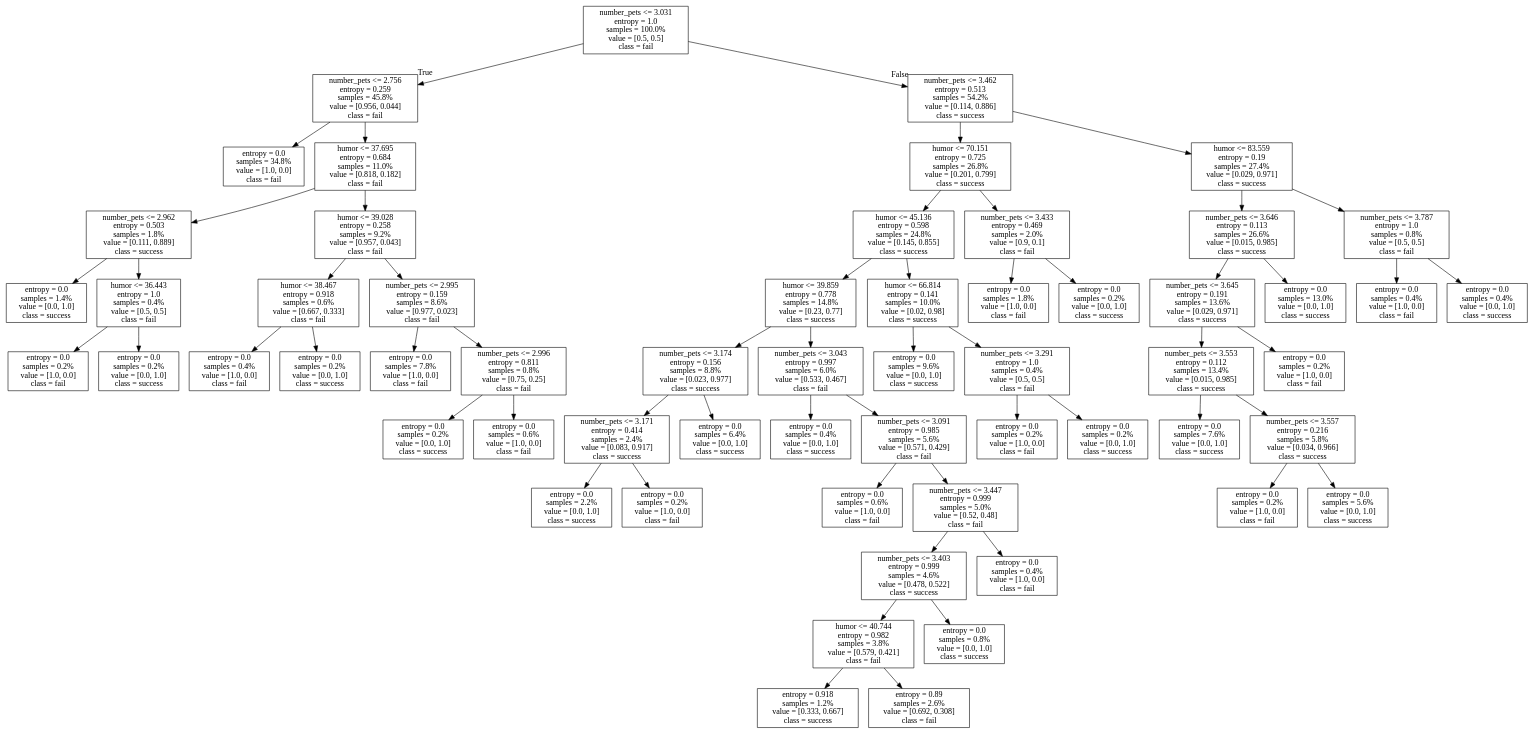
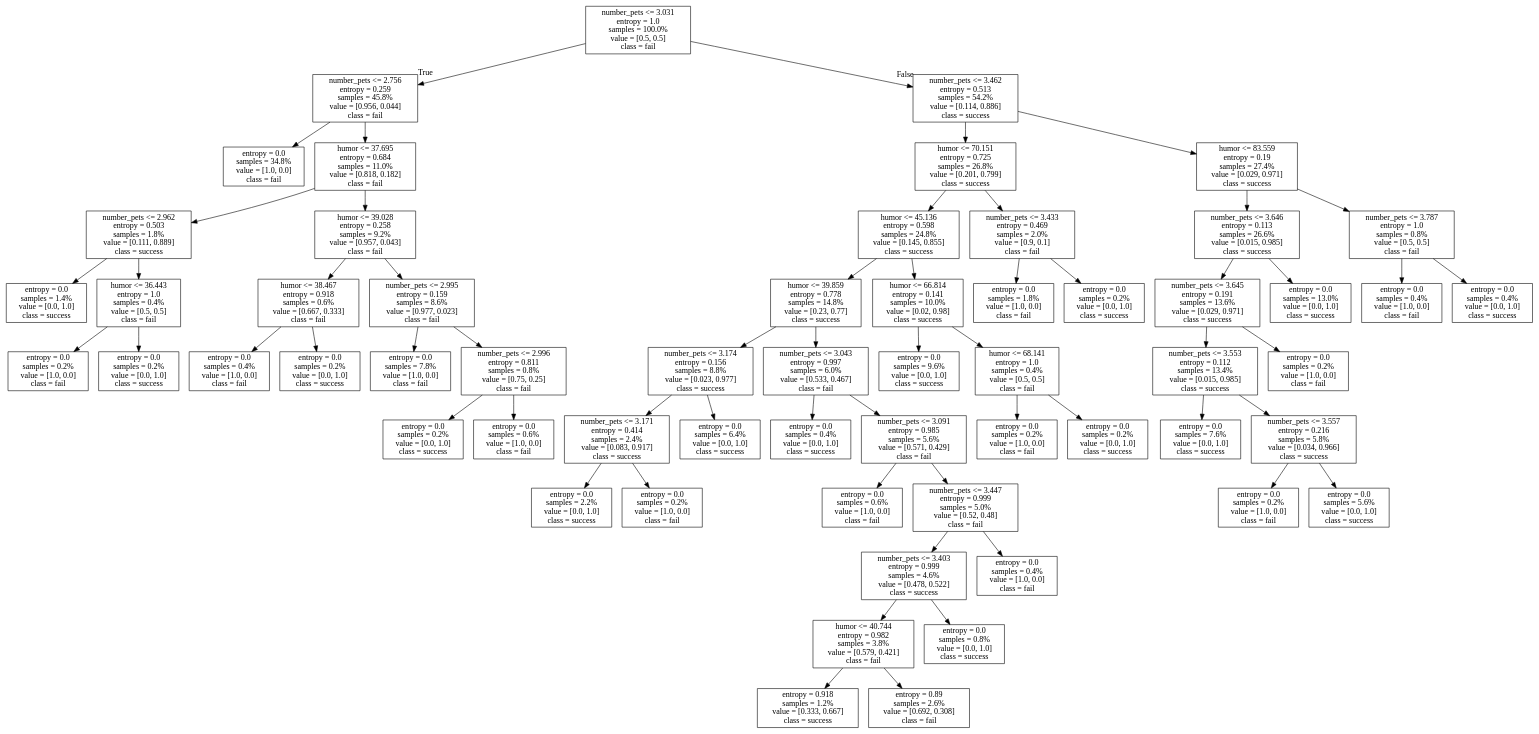
Before and after one commit to nicholasg3/Spring2017_ProfFosterProvost: the diagram in Module2_Supervised/images/tree.dot, drawn with Graphviz. The commit also changed 4 other files, not shown here.

```diff
--- a/Module2_Supervised/images/tree.dot
+++ b/Module2_Supervised/images/tree.dot
@@ -1,120 +1,120 @@
 digraph Tree {
 node [shape=box] ;
 0 [label="number_pets <= 3.031\nentropy = 1.0\nsamples = 100.0%\nvalue = [0.5, 0.5]\nclass = fail"] ;
 1 [label="number_pets <= 2.756\nentropy = 0.259\nsamples = 45.8%\nvalue = [0.956, 0.044]\nclass = fail"] ;
 0 -> 1 [labeldistance=2.5, labelangle=45, headlabel="True"] ;
 2 [label="entropy = 0.0\nsamples = 34.8%\nvalue = [1.0, 0.0]\nclass = fail"] ;
 1 -> 2 ;
 3 [label="humor <= 37.695\nentropy = 0.684\nsamples = 11.0%\nvalue = [0.818, 0.182]\nclass = fail"] ;
 1 -> 3 ;
 4 [label="number_pets <= 2.962\nentropy = 0.503\nsamples = 1.8%\nvalue = [0.111, 0.889]\nclass = success"] ;
 3 -> 4 ;
 5 [label="entropy = 0.0\nsamples = 1.4%\nvalue = [0.0, 1.0]\nclass = success"] ;
 4 -> 5 ;
 6 [label="humor <= 36.443\nentropy = 1.0\nsamples = 0.4%\nvalue = [0.5, 0.5]\nclass = fail"] ;
 4 -> 6 ;
 7 [label="entropy = 0.0\nsamples = 0.2%\nvalue = [1.0, 0.0]\nclass = fail"] ;
 6 -> 7 ;
 8 [label="entropy = 0.0\nsamples = 0.2%\nvalue = [0.0, 1.0]\nclass = success"] ;
 6 -> 8 ;
 9 [label="humor <= 39.028\nentropy = 0.258\nsamples = 9.2%\nvalue = [0.957, 0.043]\nclass = fail"] ;
 3 -> 9 ;
 10 [label="humor <= 38.467\nentropy = 0.918\nsamples = 0.6%\nvalue = [0.667, 0.333]\nclass = fail"] ;
 9 -> 10 ;
 11 [label="entropy = 0.0\nsamples = 0.4%\nvalue = [1.0, 0.0]\nclass = fail"] ;
 10 -> 11 ;
 12 [label="entropy = 0.0\nsamples = 0.2%\nvalue = [0.0, 1.0]\nclass = success"] ;
 10 -> 12 ;
 13 [label="number_pets <= 2.995\nentropy = 0.159\nsamples = 8.6%\nvalue = [0.977, 0.023]\nclass = fail"] ;
 9 -> 13 ;
 14 [label="entropy = 0.0\nsamples = 7.8%\nvalue = [1.0, 0.0]\nclass = fail"] ;
 13 -> 14 ;
 15 [label="number_pets <= 2.996\nentropy = 0.811\nsamples = 0.8%\nvalue = [0.75, 0.25]\nclass = fail"] ;
 13 -> 15 ;
 16 [label="entropy = 0.0\nsamples = 0.2%\nvalue = [0.0, 1.0]\nclass = success"] ;
 15 -> 16 ;
 17 [label="entropy = 0.0\nsamples = 0.6%\nvalue = [1.0, 0.0]\nclass = fail"] ;
 15 -> 17 ;
 18 [label="number_pets <= 3.462\nentropy = 0.513\nsamples = 54.2%\nvalue = [0.114, 0.886]\nclass = success"] ;
 0 -> 18 [labeldistance=2.5, labelangle=-45, headlabel="False"] ;
 19 [label="humor <= 70.151\nentropy = 0.725\nsamples = 26.8%\nvalue = [0.201, 0.799]\nclass = success"] ;
 18 -> 19 ;
 20 [label="humor <= 45.136\nentropy = 0.598\nsamples = 24.8%\nvalue = [0.145, 0.855]\nclass = success"] ;
 19 -> 20 ;
 21 [label="humor <= 39.859\nentropy = 0.778\nsamples = 14.8%\nvalue = [0.23, 0.77]\nclass = success"] ;
 20 -> 21 ;
 22 [label="number_pets <= 3.174\nentropy = 0.156\nsamples = 8.8%\nvalue = [0.023, 0.977]\nclass = success"] ;
 21 -> 22 ;
 23 [label="number_pets <= 3.171\nentropy = 0.414\nsamples = 2.4%\nvalue = [0.083, 0.917]\nclass = success"] ;
 22 -> 23 ;
 24 [label="entropy = 0.0\nsamples = 2.2%\nvalue = [0.0, 1.0]\nclass = success"] ;
 23 -> 24 ;
 25 [label="entropy = 0.0\nsamples = 0.2%\nvalue = [1.0, 0.0]\nclass = fail"] ;
 23 -> 25 ;
 26 [label="entropy = 0.0\nsamples = 6.4%\nvalue = [0.0, 1.0]\nclass = success"] ;
 22 -> 26 ;
 27 [label="number_pets <= 3.043\nentropy = 0.997\nsamples = 6.0%\nvalue = [0.533, 0.467]\nclass = fail"] ;
 21 -> 27 ;
 28 [label="entropy = 0.0\nsamples = 0.4%\nvalue = [0.0, 1.0]\nclass = success"] ;
 27 -> 28 ;
 29 [label="number_pets <= 3.091\nentropy = 0.985\nsamples = 5.6%\nvalue = [0.571, 0.429]\nclass = fail"] ;
 27 -> 29 ;
 30 [label="entropy = 0.0\nsamples = 0.6%\nvalue = [1.0, 0.0]\nclass = fail"] ;
 29 -> 30 ;
 31 [label="number_pets <= 3.447\nentropy = 0.999\nsamples = 5.0%\nvalue = [0.52, 0.48]\nclass = fail"] ;
 29 -> 31 ;
 32 [label="number_pets <= 3.403\nentropy = 0.999\nsamples = 4.6%\nvalue = [0.478, 0.522]\nclass = success"] ;
 31 -> 32 ;
 33 [label="humor <= 40.744\nentropy = 0.982\nsamples = 3.8%\nvalue = [0.579, 0.421]\nclass = fail"] ;
 32 -> 33 ;
 34 [label="entropy = 0.918\nsamples = 1.2%\nvalue = [0.333, 0.667]\nclass = success"] ;
 33 -> 34 ;
 35 [label="entropy = 0.89\nsamples = 2.6%\nvalue = [0.692, 0.308]\nclass = fail"] ;
 33 -> 35 ;
 36 [label="entropy = 0.0\nsamples = 0.8%\nvalue = [0.0, 1.0]\nclass = success"] ;
 32 -> 36 ;
 37 [label="entropy = 0.0\nsamples = 0.4%\nvalue = [1.0, 0.0]\nclass = fail"] ;
 31 -> 37 ;
 38 [label="humor <= 66.814\nentropy = 0.141\nsamples = 10.0%\nvalue = [0.02, 0.98]\nclass = success"] ;
 20 -> 38 ;
 39 [label="entropy = 0.0\nsamples = 9.6%\nvalue = [0.0, 1.0]\nclass = success"] ;
 38 -> 39 ;
-40 [label="number_pets <= 3.291\nentropy = 1.0\nsamples = 0.4%\nvalue = [0.5, 0.5]\nclass = fail"] ;
+40 [label="humor <= 68.141\nentropy = 1.0\nsamples = 0.4%\nvalue = [0.5, 0.5]\nclass = fail"] ;
 38 -> 40 ;
 41 [label="entropy = 0.0\nsamples = 0.2%\nvalue = [1.0, 0.0]\nclass = fail"] ;
 40 -> 41 ;
 42 [label="entropy = 0.0\nsamples = 0.2%\nvalue = [0.0, 1.0]\nclass = success"] ;
 40 -> 42 ;
 43 [label="number_pets <= 3.433\nentropy = 0.469\nsamples = 2.0%\nvalue = [0.9, 0.1]\nclass = fail"] ;
 19 -> 43 ;
 44 [label="entropy = 0.0\nsamples = 1.8%\nvalue = [1.0, 0.0]\nclass = fail"] ;
 43 -> 44 ;
 45 [label="entropy = 0.0\nsamples = 0.2%\nvalue = [0.0, 1.0]\nclass = success"] ;
 43 -> 45 ;
 46 [label="humor <= 83.559\nentropy = 0.19\nsamples = 27.4%\nvalue = [0.029, 0.971]\nclass = success"] ;
 18 -> 46 ;
 47 [label="number_pets <= 3.646\nentropy = 0.113\nsamples = 26.6%\nvalue = [0.015, 0.985]\nclass = success"] ;
 46 -> 47 ;
 48 [label="number_pets <= 3.645\nentropy = 0.191\nsamples = 13.6%\nvalue = [0.029, 0.971]\nclass = success"] ;
 47 -> 48 ;
 49 [label="number_pets <= 3.553\nentropy = 0.112\nsamples = 13.4%\nvalue = [0.015, 0.985]\nclass = success"] ;
 48 -> 49 ;
 50 [label="entropy = 0.0\nsamples = 7.6%\nvalue = [0.0, 1.0]\nclass = success"] ;
 49 -> 50 ;
 51 [label="number_pets <= 3.557\nentropy = 0.216\nsamples = 5.8%\nvalue = [0.034, 0.966]\nclass = success"] ;
 49 -> 51 ;
 52 [label="entropy = 0.0\nsamples = 0.2%\nvalue = [1.0, 0.0]\nclass = fail"] ;
 51 -> 52 ;
 53 [label="entropy = 0.0\nsamples = 5.6%\nvalue = [0.0, 1.0]\nclass = success"] ;
 51 -> 53 ;
 54 [label="entropy = 0.0\nsamples = 0.2%\nvalue = [1.0, 0.0]\nclass = fail"] ;
 48 -> 54 ;
 55 [label="entropy = 0.0\nsamples = 13.0%\nvalue = [0.0, 1.0]\nclass = success"] ;
 47 -> 55 ;
 56 [label="number_pets <= 3.787\nentropy = 1.0\nsamples = 0.8%\nvalue = [0.5, 0.5]\nclass = fail"] ;
 46 -> 56 ;
 57 [label="entropy = 0.0\nsamples = 0.4%\nvalue = [1.0, 0.0]\nclass = fail"] ;
 56 -> 57 ;
 58 [label="entropy = 0.0\nsamples = 0.4%\nvalue = [0.0, 1.0]\nclass = success"] ;
 56 -> 58 ;
 }
```
